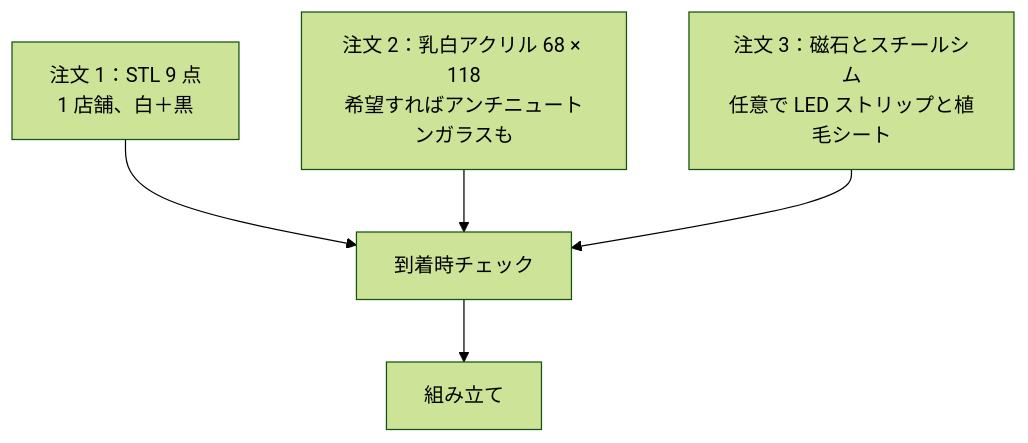
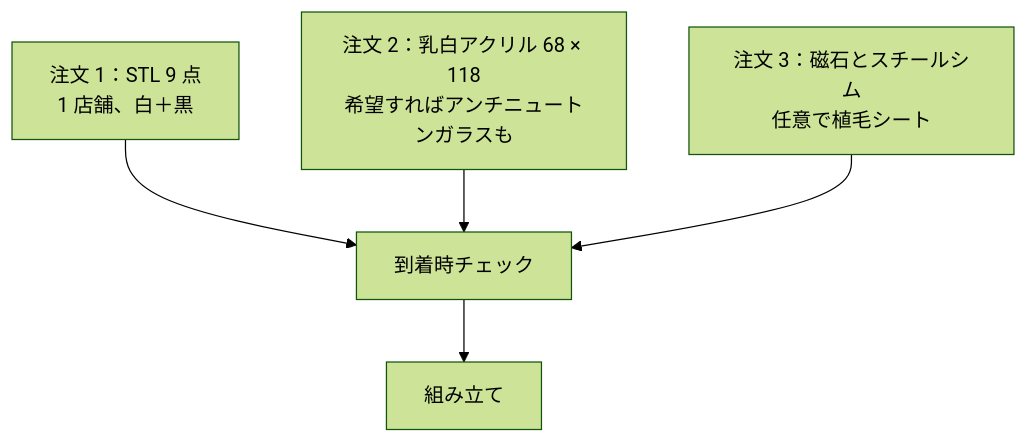
Before and after one commit to Neoanaloglab/Neobox: the diagram in docs/bom.ja.md, drawn with Mermaid (forest theme). The commit also changed other lines of this file and 59 other files, not shown here.

````diff
--- a/docs/bom.ja.md
+++ b/docs/bom.ja.md
@@ -179,7 +176,7 @@
 ```mermaid
 flowchart TD
   A[注文 1：STL 9 点<br/>1 店舗、白＋黒] --> D[到着時チェック]
   B[注文 2：乳白アクリル 68 × 118<br/>希望すればアンチニュートンガラスも] --> D
-  C[注文 3：磁石とスチールシム<br/>任意で LED ストリップと植毛シート] --> D
+  C[注文 3：磁石とスチールシム<br/>任意で植毛シート] --> D
   D --> E[組み立て]
 ```
````
